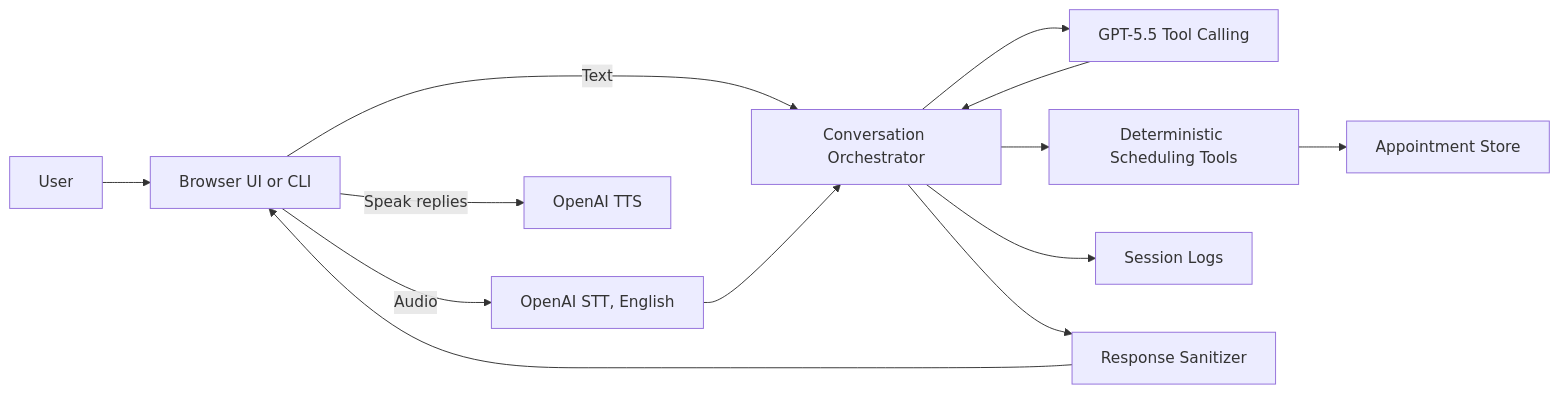
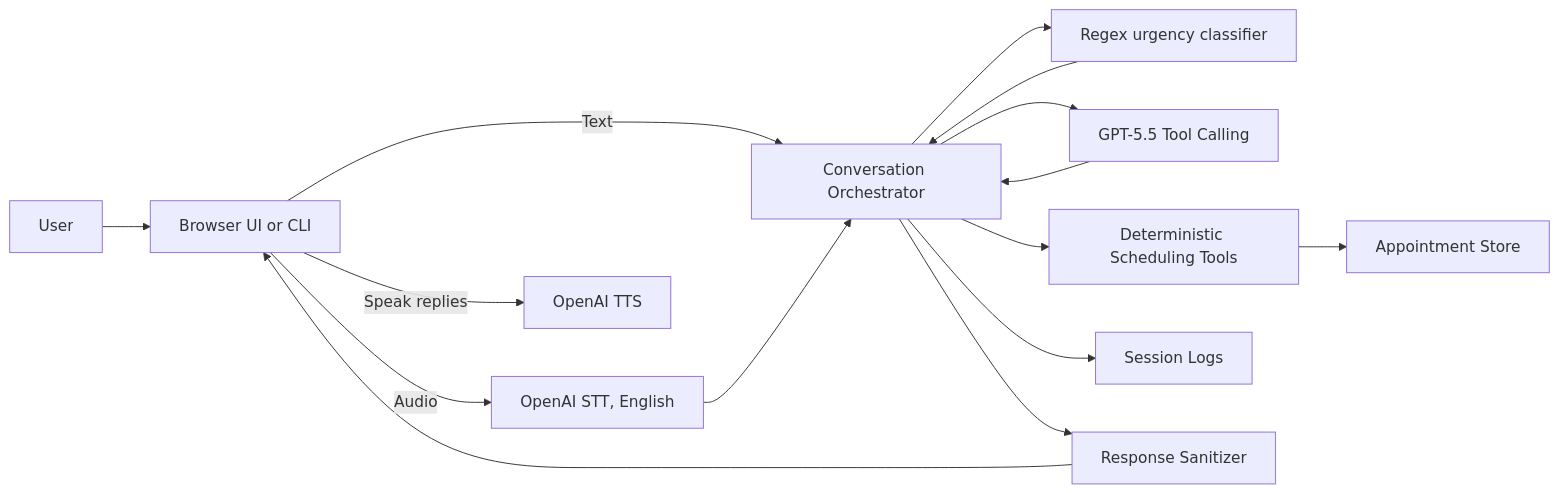
One commit to amankumarhal/scheduling_agent changed the first of 2 diagrams in README.md. Above: the diagram before and after it, drawn with Mermaid. The commit also changed other lines of this file and 9 other files, not shown here.

````diff
--- a/README.md
+++ b/README.md
@@ -30,15 +30,17 @@
 ```mermaid
 flowchart LR
     U[User] --> UI[Browser UI or CLI]
     UI -->|Audio| STT[OpenAI STT, English]
     UI -->|Text| ORCH[Conversation Orchestrator]
     STT --> ORCH
+    ORCH --> URGENCY[Regex urgency classifier]
+    URGENCY --> ORCH
     ORCH --> LLM[GPT-5.5 Tool Calling]
     LLM --> ORCH
     ORCH --> TOOLS[Deterministic Scheduling Tools]
     TOOLS --> STORE[Appointment Store]
     ORCH --> LOGS[Session Logs]
     ORCH --> CLEAN[Response Sanitizer]
     CLEAN --> UI
     UI -->|Speak replies| TTS[OpenAI TTS]
 ```
````
